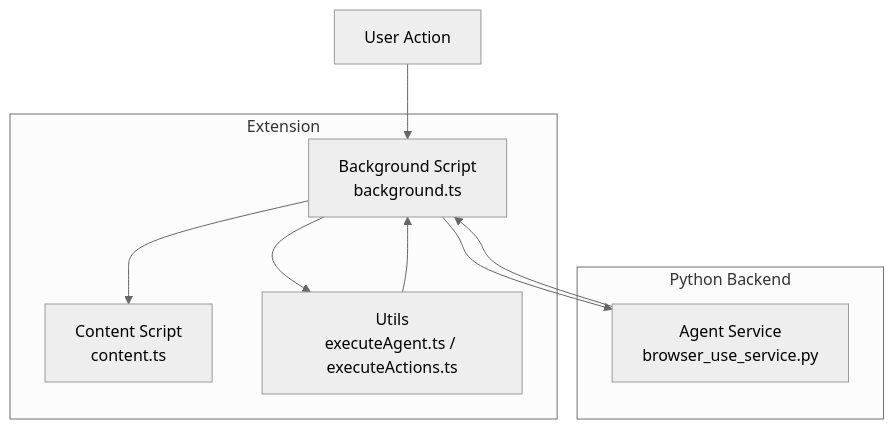
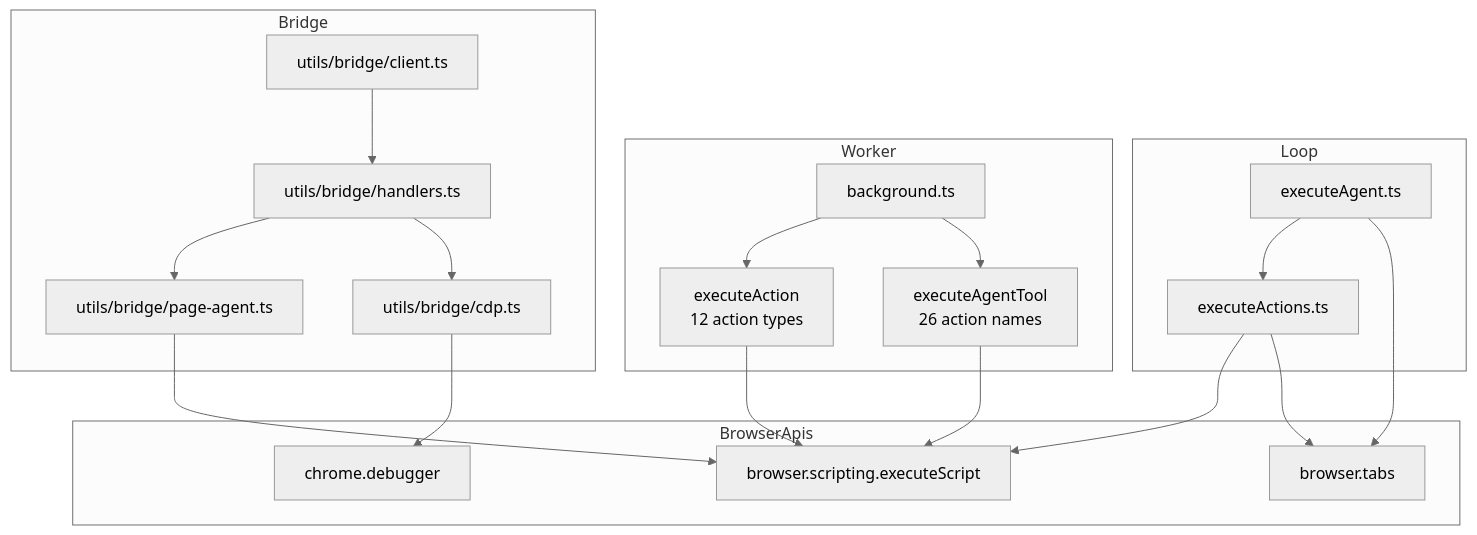
One commit to tashifkhan/tashif.codes changed the first of 5 diagrams in src/data/docs/agentic-browser/Browser Automation/DOM Manipulation and Element Targeting.md. Above: the diagram before and after it, drawn with Mermaid (neutral theme). The commit also changed other lines of this file and 114 other files, not shown here.

````diff
--- a/src/data/docs/agentic-browser/Browser Automation/DOM Manipulation and Element Targeting.md
+++ b/src/data/docs/agentic-browser/Browser Automation/DOM Manipulation and Element Targeting.md
@@ -13,17 +19,36 @@
 ```mermaid
 graph TB
-subgraph "Extension"
-BG["Background Script<br/>background.ts"]
-CS["Content Script<br/>content.ts"]
-UA["Utils<br/>executeAgent.ts / executeActions.ts"]
-end
-subgraph "Python Backend"
-Svc["Agent Service<br/>browser_use_service.py"]
-end
-User["User Action"] --> BG
-BG --> UA
-UA --> BG
-BG --> CS
-BG --> Svc
-Svc --> BG
+  subgraph Loop
+    Agent["executeAgent.ts"]
+    Exec["executeActions.ts"]
+  end
+  subgraph Worker
+    Bg["background.ts"]
+    Tools["executeAgentTool<br/>26 action names"]
+    Legacy["executeAction<br/>12 action types"]
+  end
+  subgraph Bridge
+    Handlers["utils/bridge/handlers.ts"]
+    PageAgent["utils/bridge/page-agent.ts"]
+    Cdp["utils/bridge/cdp.ts"]
+    Client["utils/bridge/client.ts"]
+  end
+  subgraph BrowserApis
+    Scripting["browser.scripting.executeScript"]
+    Tabs["browser.tabs"]
+    Debugger["chrome.debugger"]
+  end
+  Agent --> Exec
+  Agent --> Tabs
+  Exec --> Scripting
+  Exec --> Tabs
+  Bg --> Legacy
+  Bg --> Tools
+  Client --> Handlers
+  Handlers --> PageAgent
+  Handlers --> Cdp
+  PageAgent --> Scripting
+  Cdp --> Debugger
+  Legacy --> Scripting
+  Tools --> Scripting
 ```
````
